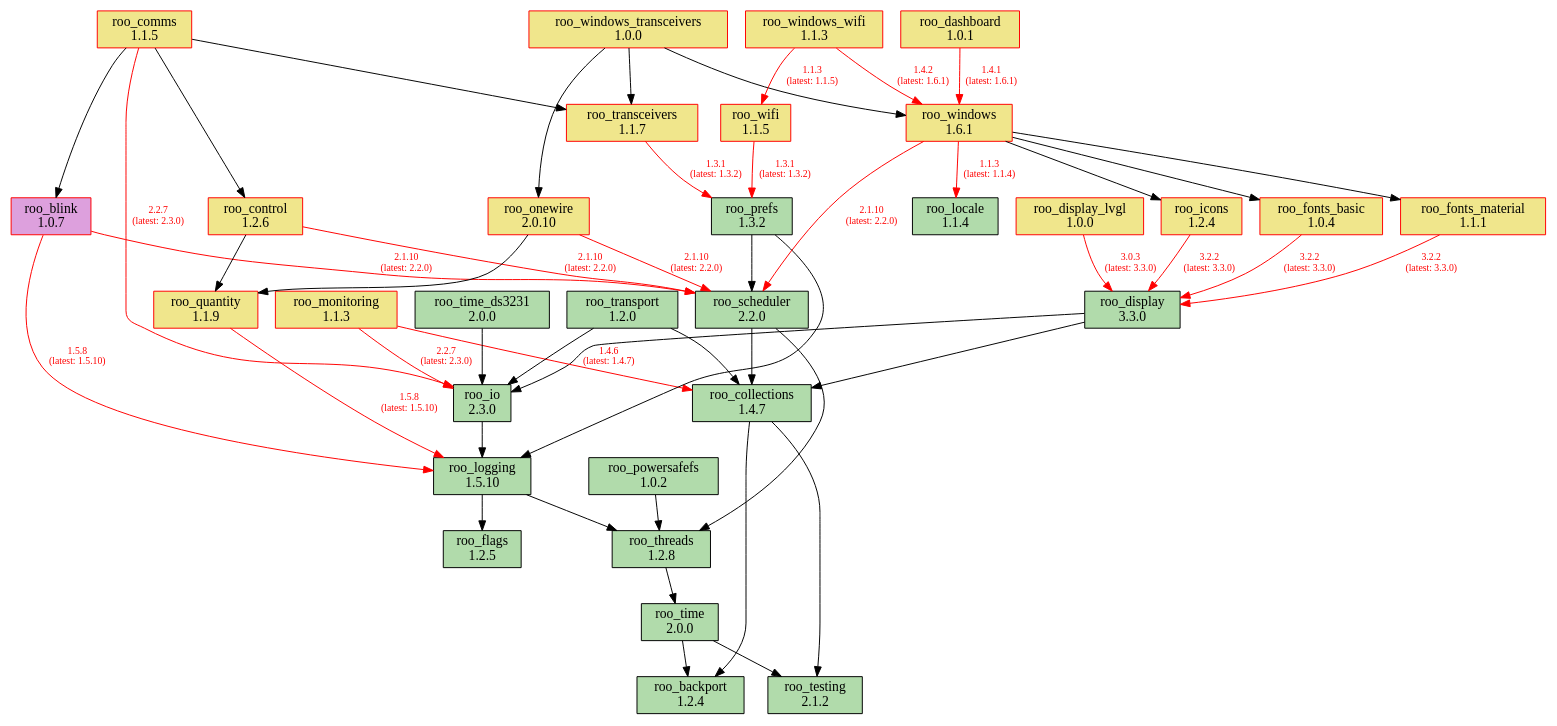
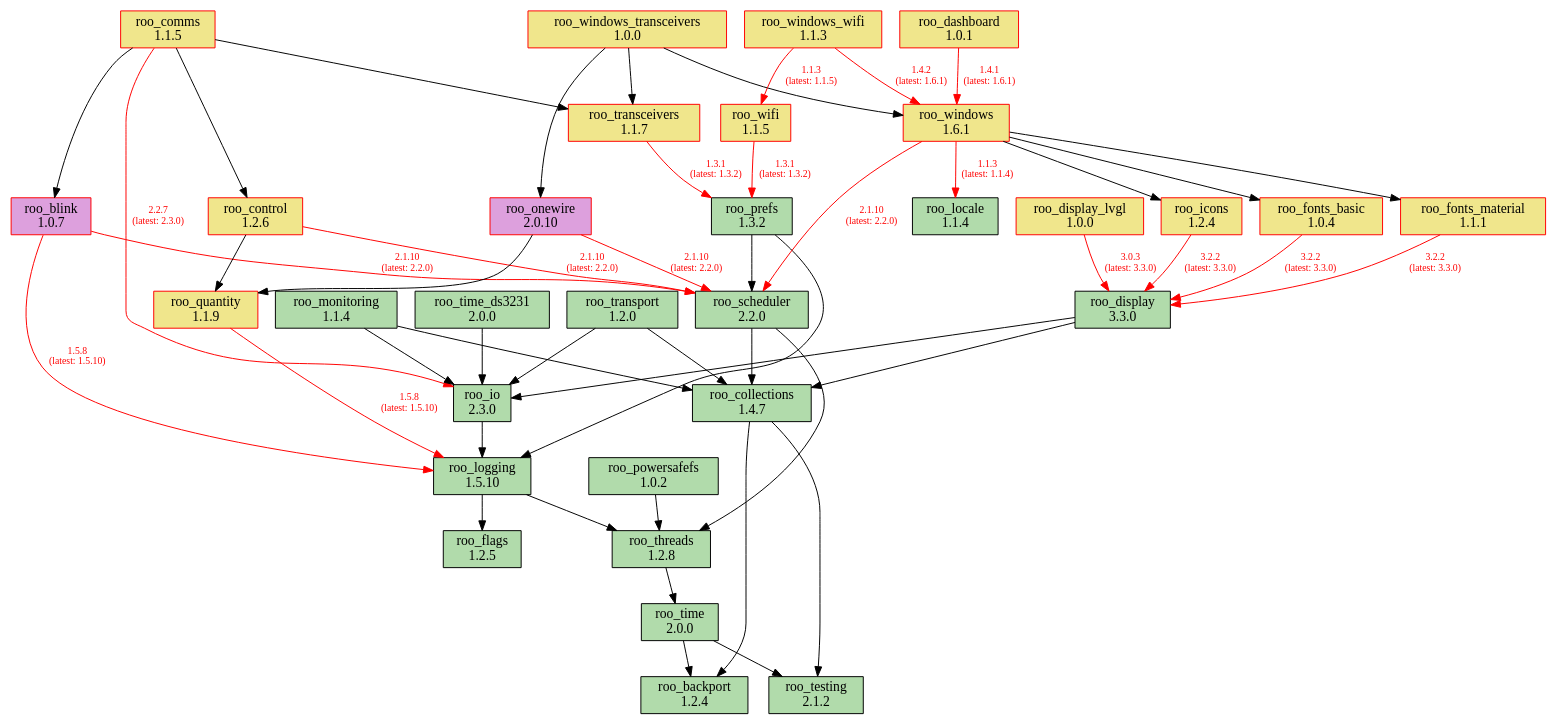
Before and after one commit to dejwk/roo-registry: the diagram in doc/dependencies.dot, drawn with Graphviz. The commit also changed 3 other files, not shown here.

Commit message:
Added roo_monitoring 1.1.4 to the registry.

```diff
--- a/doc/dependencies.dot
+++ b/doc/dependencies.dot
@@ -1,88 +1,88 @@
 digraph dependencies {
     rankdir=TB;
     node [shape=box, style=filled];
     edge [fontsize=10];
 
     // Modules
     "roo_backport" [label="roo_backport\n1.2.4", fillcolor="#b1dbab", color="black"];
     "roo_blink" [label="roo_blink\n1.0.7", fillcolor="plum", color="red"];
     "roo_collections" [label="roo_collections\n1.4.7", fillcolor="#b1dbab", color="black"];
     "roo_comms" [label="roo_comms\n1.1.5", fillcolor="khaki", color="red"];
     "roo_control" [label="roo_control\n1.2.6", fillcolor="khaki", color="red"];
     "roo_dashboard" [label="roo_dashboard\n1.0.1", fillcolor="khaki", color="red"];
     "roo_display" [label="roo_display\n3.3.0", fillcolor="#b1dbab", color="black"];
     "roo_display_lvgl" [label="roo_display_lvgl\n1.0.0", fillcolor="khaki", color="red"];
     "roo_flags" [label="roo_flags\n1.2.5", fillcolor="#b1dbab", color="black"];
     "roo_fonts_basic" [label="roo_fonts_basic\n1.0.4", fillcolor="khaki", color="red"];
     "roo_fonts_material" [label="roo_fonts_material\n1.1.1", fillcolor="khaki", color="red"];
     "roo_icons" [label="roo_icons\n1.2.4", fillcolor="khaki", color="red"];
     "roo_io" [label="roo_io\n2.3.0", fillcolor="#b1dbab", color="black"];
     "roo_locale" [label="roo_locale\n1.1.4", fillcolor="#b1dbab", color="black"];
     "roo_logging" [label="roo_logging\n1.5.10", fillcolor="#b1dbab", color="black"];
-    "roo_monitoring" [label="roo_monitoring\n1.1.3", fillcolor="khaki", color="red"];
-    "roo_onewire" [label="roo_onewire\n2.0.10", fillcolor="khaki", color="red"];
+    "roo_monitoring" [label="roo_monitoring\n1.1.4", fillcolor="#b1dbab", color="black"];
+    "roo_onewire" [label="roo_onewire\n2.0.10", fillcolor="plum", color="red"];
     "roo_powersafefs" [label="roo_powersafefs\n1.0.2", fillcolor="#b1dbab", color="black"];
     "roo_prefs" [label="roo_prefs\n1.3.2", fillcolor="#b1dbab", color="black"];
     "roo_quantity" [label="roo_quantity\n1.1.9", fillcolor="khaki", color="red"];
     "roo_scheduler" [label="roo_scheduler\n2.2.0", fillcolor="#b1dbab", color="black"];
     "roo_testing" [label="roo_testing\n2.1.2", fillcolor="#b1dbab", color="black"];
     "roo_threads" [label="roo_threads\n1.2.8", fillcolor="#b1dbab", color="black"];
     "roo_time" [label="roo_time\n2.0.0", fillcolor="#b1dbab", color="black"];
     "roo_time_ds3231" [label="roo_time_ds3231\n2.0.0", fillcolor="#b1dbab", color="black"];
     "roo_transceivers" [label="roo_transceivers\n1.1.7", fillcolor="khaki", color="red"];
     "roo_transport" [label="roo_transport\n1.2.0", fillcolor="#b1dbab", color="black"];
     "roo_wifi" [label="roo_wifi\n1.1.5", fillcolor="khaki", color="red"];
     "roo_windows" [label="roo_windows\n1.6.1", fillcolor="khaki", color="red"];
     "roo_windows_transceivers" [label="roo_windows_transceivers\n1.0.0", fillcolor="khaki", color="red"];
     "roo_windows_wifi" [label="roo_windows_wifi\n1.1.3", fillcolor="khaki", color="red"];
 
     // Dependencies
     "roo_blink" -> "roo_logging" [color=red, fontcolor=red, label="1.5.8\n(latest: 1.5.10)"];
     "roo_blink" -> "roo_scheduler" [color=red, fontcolor=red, label="2.1.10\n(latest: 2.2.0)"];
     "roo_collections" -> "roo_testing";
     "roo_collections" -> "roo_backport";
     "roo_comms" -> "roo_blink";
     "roo_comms" -> "roo_control";
     "roo_comms" -> "roo_io" [color=red, fontcolor=red, label="2.2.7\n(latest: 2.3.0)"];
     "roo_comms" -> "roo_transceivers";
     "roo_control" -> "roo_quantity";
     "roo_control" -> "roo_scheduler" [color=red, fontcolor=red, label="2.1.10\n(latest: 2.2.0)"];
     "roo_dashboard" -> "roo_windows" [color=red, fontcolor=red, label="1.4.1\n(latest: 1.6.1)"];
     "roo_display" -> "roo_collections";
     "roo_display" -> "roo_io";
     "roo_display_lvgl" -> "roo_display" [color=red, fontcolor=red, label="3.0.3\n(latest: 3.3.0)"];
     "roo_fonts_basic" -> "roo_display" [color=red, fontcolor=red, label="3.2.2\n(latest: 3.3.0)"];
     "roo_fonts_material" -> "roo_display" [color=red, fontcolor=red, label="3.2.2\n(latest: 3.3.0)"];
     "roo_icons" -> "roo_display" [color=red, fontcolor=red, label="3.2.2\n(latest: 3.3.0)"];
     "roo_io" -> "roo_logging";
     "roo_logging" -> "roo_flags";
     "roo_logging" -> "roo_threads";
-    "roo_monitoring" -> "roo_collections" [color=red, fontcolor=red, label="1.4.6\n(latest: 1.4.7)"];
-    "roo_monitoring" -> "roo_io" [color=red, fontcolor=red, label="2.2.7\n(latest: 2.3.0)"];
+    "roo_monitoring" -> "roo_collections";
+    "roo_monitoring" -> "roo_io";
     "roo_onewire" -> "roo_scheduler" [color=red, fontcolor=red, label="2.1.10\n(latest: 2.2.0)"];
     "roo_onewire" -> "roo_quantity";
     "roo_powersafefs" -> "roo_threads";
     "roo_prefs" -> "roo_logging";
     "roo_prefs" -> "roo_scheduler";
     "roo_quantity" -> "roo_logging" [color=red, fontcolor=red, label="1.5.8\n(latest: 1.5.10)"];
     "roo_scheduler" -> "roo_collections";
     "roo_scheduler" -> "roo_threads";
     "roo_threads" -> "roo_time";
     "roo_time" -> "roo_testing";
     "roo_time" -> "roo_backport";
     "roo_time_ds3231" -> "roo_io";
     "roo_transceivers" -> "roo_prefs" [color=red, fontcolor=red, label="1.3.1\n(latest: 1.3.2)"];
     "roo_transport" -> "roo_collections";
     "roo_transport" -> "roo_io";
     "roo_wifi" -> "roo_prefs" [color=red, fontcolor=red, label="1.3.1\n(latest: 1.3.2)"];
     "roo_windows" -> "roo_fonts_basic";
     "roo_windows" -> "roo_fonts_material";
     "roo_windows" -> "roo_locale" [color=red, fontcolor=red, label="1.1.3\n(latest: 1.1.4)"];
     "roo_windows" -> "roo_icons";
     "roo_windows" -> "roo_scheduler" [color=red, fontcolor=red, label="2.1.10\n(latest: 2.2.0)"];
     "roo_windows_transceivers" -> "roo_onewire";
     "roo_windows_transceivers" -> "roo_transceivers";
     "roo_windows_transceivers" -> "roo_windows";
     "roo_windows_wifi" -> "roo_wifi" [color=red, fontcolor=red, label="1.1.3\n(latest: 1.1.5)"];
     "roo_windows_wifi" -> "roo_windows" [color=red, fontcolor=red, label="1.4.2\n(latest: 1.6.1)"];
 }
```
